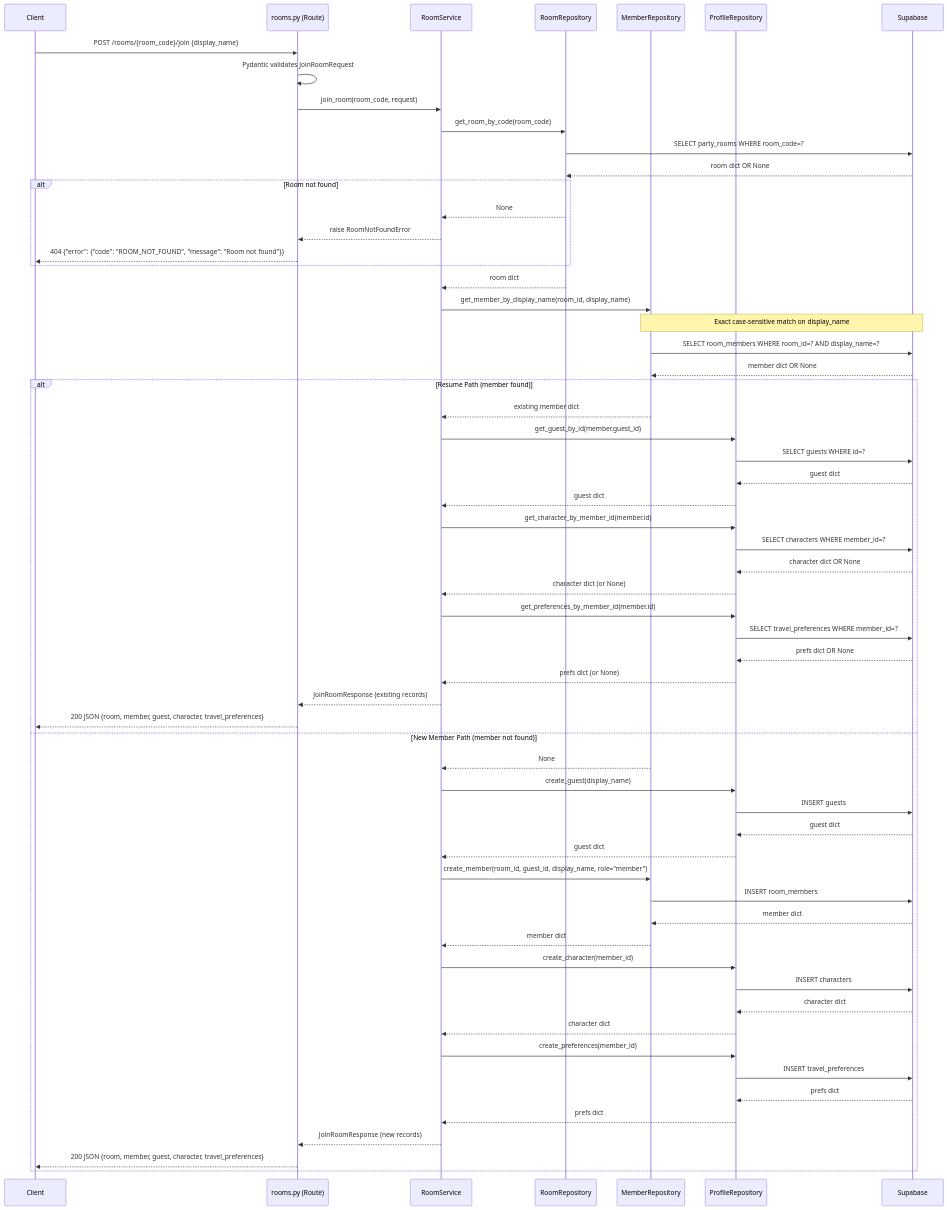
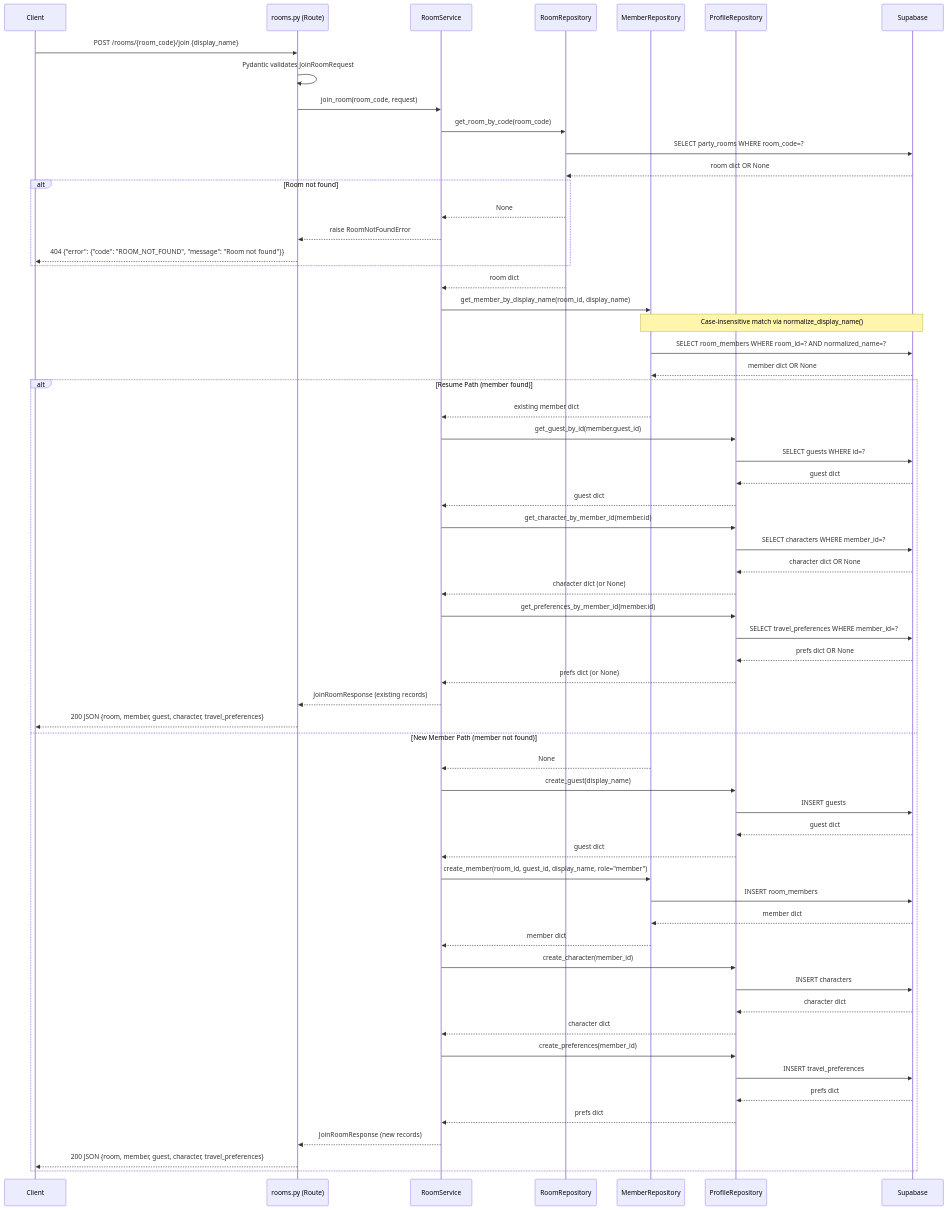
Before and after one commit to CaffeinatedKong/PixelTrip-Booth: the third of 3 diagrams in .kiro/specs/02-backend-core/design.md, drawn with Mermaid. The commit also changed other lines of this file and 4 other files, not shown here.

First line of the commit message:
Switch backend spec to case-insensitive room identity

````diff
--- a/.kiro/specs/02-backend-core/design.md
+++ b/.kiro/specs/02-backend-core/design.md
@@ -128,68 +129,68 @@
 ```mermaid
 sequenceDiagram
     participant C as Client
     participant R as rooms.py (Route)
     participant S as RoomService
     participant RR as RoomRepository
     participant MR as MemberRepository
     participant PR as ProfileRepository
     participant DB as Supabase
 
     C->>R: POST /rooms/{room_code}/join {display_name}
     R->>R: Pydantic validates JoinRoomRequest
     R->>S: join_room(room_code, request)
 
     S->>RR: get_room_by_code(room_code)
     RR->>DB: SELECT party_rooms WHERE room_code=?
     DB-->>RR: room dict OR None
 
     alt Room not found
         RR-->>S: None
         S-->>R: raise RoomNotFoundError
         R-->>C: 404 {"error": {"code": "ROOM_NOT_FOUND", "message": "Room not found"}}
     end
 
     RR-->>S: room dict
     S->>MR: get_member_by_display_name(room_id, display_name)
-    Note over MR,DB: Exact case-sensitive match on display_name
-    MR->>DB: SELECT room_members WHERE room_id=? AND display_name=?
+    Note over MR,DB: Case-insensitive match via normalize_display_name()
+    MR->>DB: SELECT room_members WHERE room_id=? AND normalized_name=?
     DB-->>MR: member dict OR None
 
     alt Resume Path (member found)
         MR-->>S: existing member dict
         S->>PR: get_guest_by_id(member.guest_id)
         PR->>DB: SELECT guests WHERE id=?
         DB-->>PR: guest dict
         PR-->>S: guest dict
         S->>PR: get_character_by_member_id(member.id)
         PR->>DB: SELECT characters WHERE member_id=?
         DB-->>PR: character dict OR None
         PR-->>S: character dict (or None)
         S->>PR: get_preferences_by_member_id(member.id)
         PR->>DB: SELECT travel_preferences WHERE member_id=?
         DB-->>PR: prefs dict OR None
         PR-->>S: prefs dict (or None)
         S-->>R: JoinRoomResponse (existing records)
         R-->>C: 200 JSON {room, member, guest, character, travel_preferences}
     else New Member Path (member not found)
         MR-->>S: None
         S->>PR: create_guest(display_name)
         PR->>DB: INSERT guests
         DB-->>PR: guest dict
         PR-->>S: guest dict
         S->>MR: create_member(room_id, guest_id, display_name, role="member")
         MR->>DB: INSERT room_members
         DB-->>MR: member dict
         MR-->>S: member dict
         S->>PR: create_character(member_id)
         PR->>DB: INSERT characters
         DB-->>PR: character dict
         PR-->>S: character dict
         S->>PR: create_preferences(member_id)
         PR->>DB: INSERT travel_preferences
         DB-->>PR: prefs dict
         PR-->>S: prefs dict
         S-->>R: JoinRoomResponse (new records)
         R-->>C: 200 JSON {room, member, guest, character, travel_preferences}
     end
 ```
````
